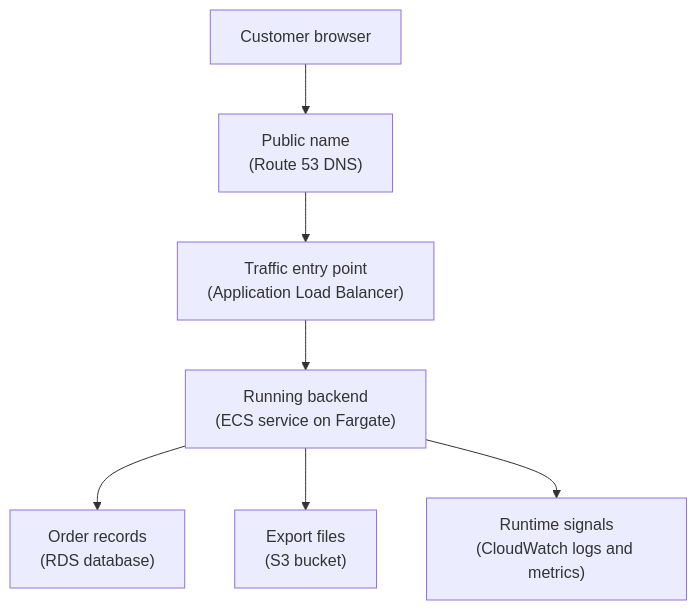
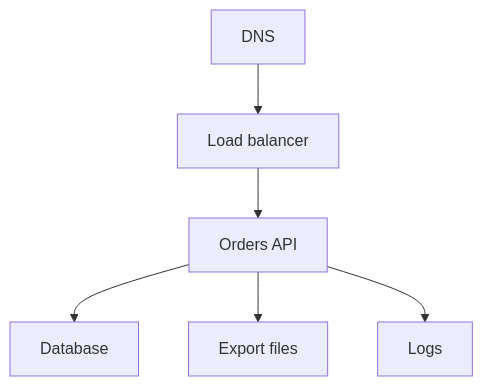
One commit to senlinyy/dev-roadmaps changed the diagram in cloud-providers/aws/foundations/core-services.md. Above: the diagram before and after it, drawn with Mermaid. The commit also changed other lines of this file and 141 other files, not shown here.

````diff
--- a/cloud-providers/aws/foundations/core-services.md
+++ b/cloud-providers/aws/foundations/core-services.md
@@ -110,9 +106,8 @@
 ```mermaid
-graph TD
-    USER["Customer browser"] --> NAME["Public name<br/>(Route 53 DNS)"]
-    NAME --> ENTRY["Traffic entry point<br/>(Application Load Balancer)"]
-    ENTRY --> APP["Running backend<br/>(ECS service on Fargate)"]
-    APP --> DB["Order records<br/>(RDS database)"]
-    APP --> FILES["Export files<br/>(S3 bucket)"]
-    APP --> LOGS["Runtime signals<br/>(CloudWatch logs and metrics)"]
+flowchart TD
+    DNS["DNS"] --> ENTRY["Load balancer"]
+    ENTRY --> API["Orders API"]
+    API --> DB["Database"]
+    API --> FILES["Export files"]
+    API --> LOGS["Logs"]
 ```
````
